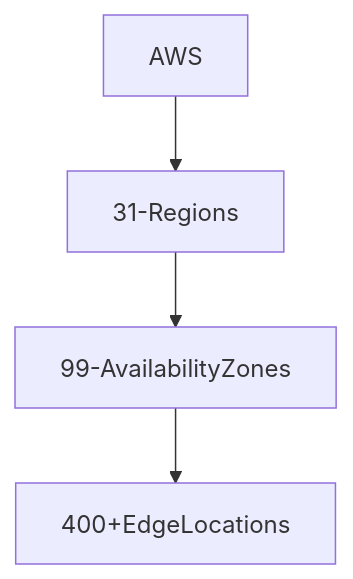
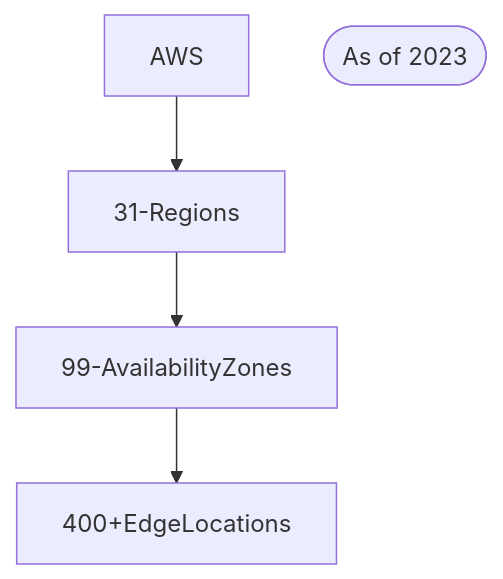
One commit to sunnyRavindra/Botcat changed the diagram in pages/Aws/AWS.md. Above: the diagram before and after it, drawn with Mermaid. The commit also changed other lines of this file and 12 other files, not shown here.

````diff
--- a/pages/Aws/AWS.md
+++ b/pages/Aws/AWS.md
@@ -3,4 +6,5 @@
 ```mermaid
 flowchart TD
 AWS --> 31-Regions --> 99-AvailabilityZones --> 400+EdgeLocations
+id1([As of 2023])
 ```
````
